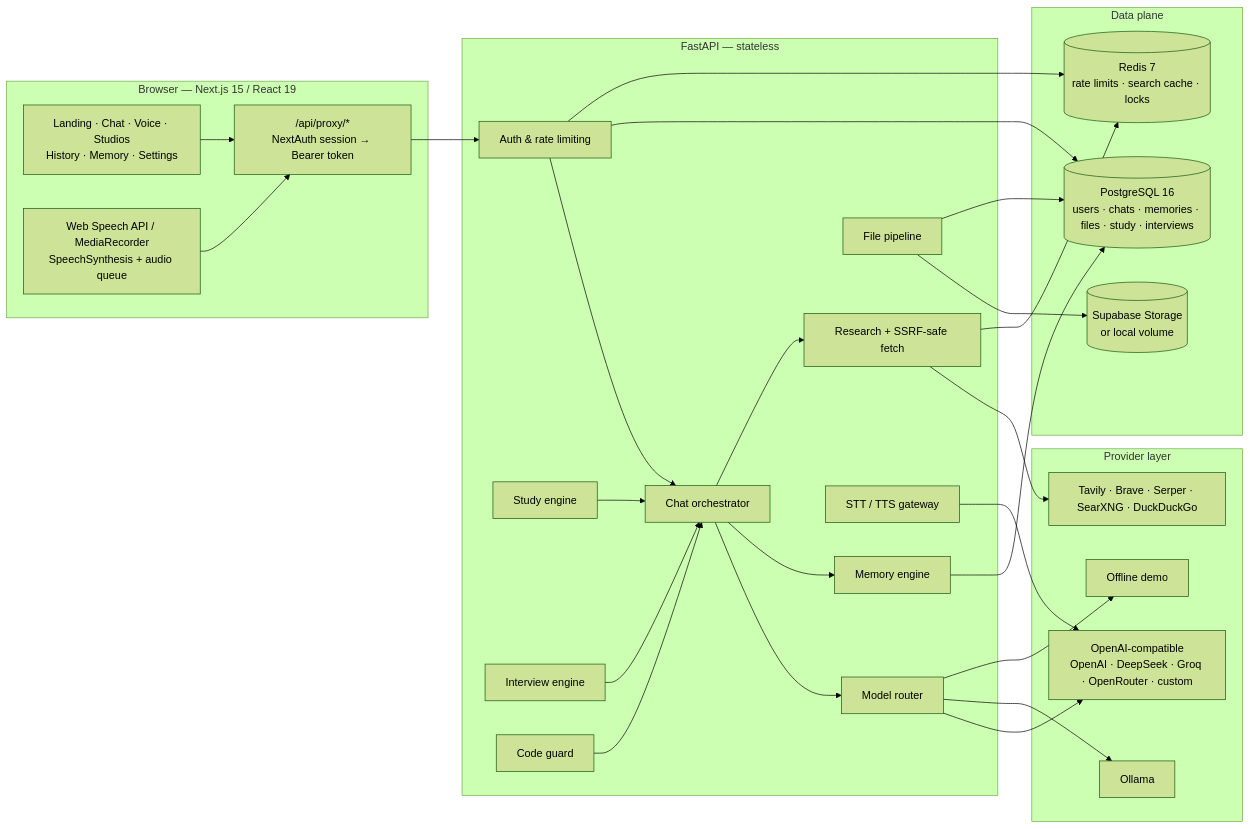
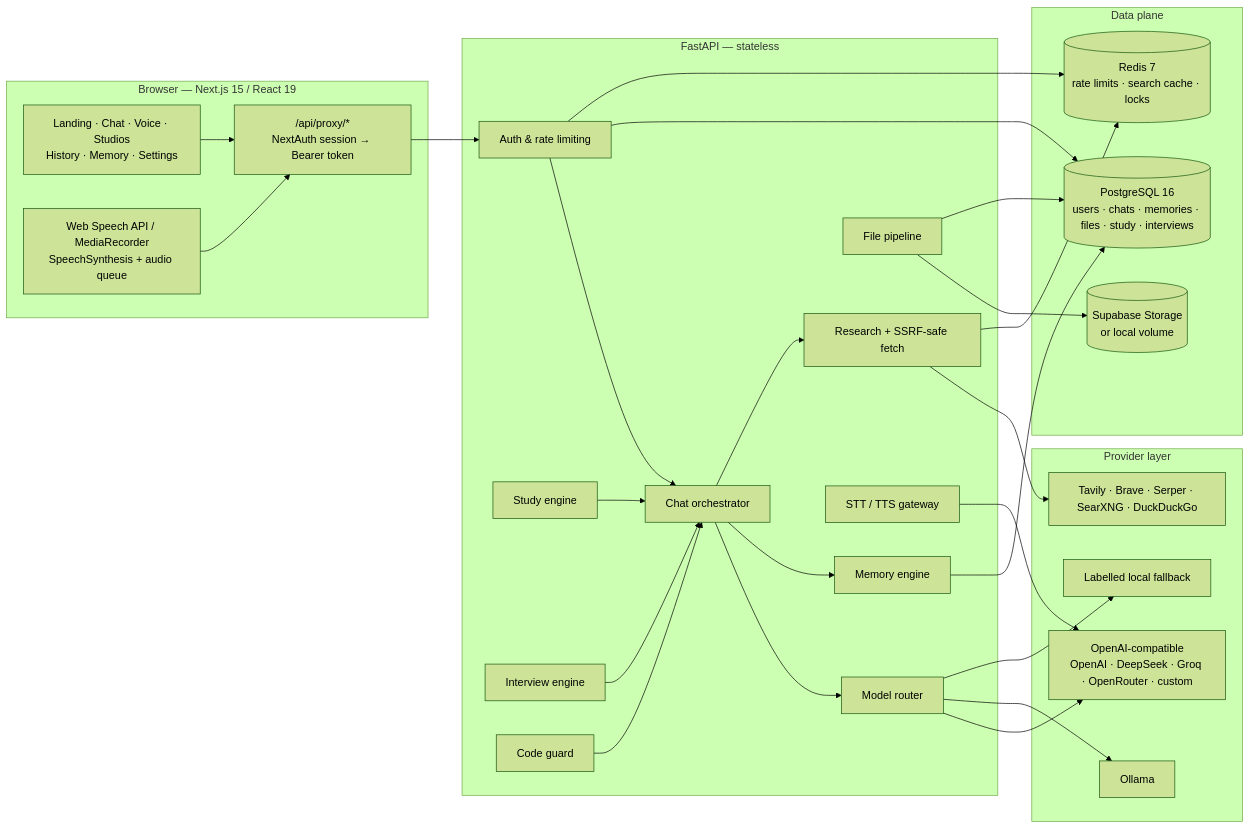
The first of 4 diagrams in docs/ARCHITECTURE.md (FlameKaiser2201/aether-ai), drawn with Mermaid (forest theme) before and after one commit. The commit also changed other lines of this file and 30 other files, not shown here.

````diff
--- a/docs/ARCHITECTURE.md
+++ b/docs/ARCHITECTURE.md
@@ -26,49 +26,49 @@
 ```mermaid
 flowchart LR
     subgraph Browser["Browser — Next.js 15 / React 19"]
         UI["Landing · Chat · Voice · Studios<br/>History · Memory · Settings"]
         SPEECH["Web Speech API / MediaRecorder<br/>SpeechSynthesis + audio queue"]
         PROXY["/api/proxy/*<br/>NextAuth session → Bearer token"]
     end
 
     subgraph API["FastAPI — stateless"]
         AUTH["Auth & rate limiting"]
         CHAT["Chat orchestrator"]
         ROUTER["Model router"]
         MEM["Memory engine"]
         FILES["File pipeline"]
         STUDY["Study engine"]
         INT["Interview engine"]
         CODE["Code guard"]
         SEARCH["Research + SSRF-safe fetch"]
         VOICE["STT / TTS gateway"]
     end
 
     subgraph AI["Provider layer"]
         OAI["OpenAI-compatible<br/>OpenAI · DeepSeek · Groq · OpenRouter · custom"]
         OLL["Ollama"]
-        DEMO["Offline demo"]
+        DEMO["Labelled local fallback"]
         WEB["Tavily · Brave · Serper · SearXNG · DuckDuckGo"]
     end
 
     subgraph DATA["Data plane"]
         PG[("PostgreSQL 16<br/>users · chats · memories · files · study · interviews")]
         REDIS[("Redis 7<br/>rate limits · search cache · locks")]
         STORE[("Supabase Storage<br/>or local volume")]
     end
 
     UI --> PROXY --> AUTH --> CHAT
     SPEECH --> PROXY
     CHAT --> ROUTER --> OAI & OLL & DEMO
     CHAT --> MEM --> PG
     CHAT --> SEARCH --> WEB
     FILES --> STORE
     FILES --> PG
     STUDY --> CHAT
     INT --> CHAT
     CODE --> CHAT
     VOICE --> OAI
     AUTH --> PG
     AUTH --> REDIS
     SEARCH --> REDIS
 ```
````
